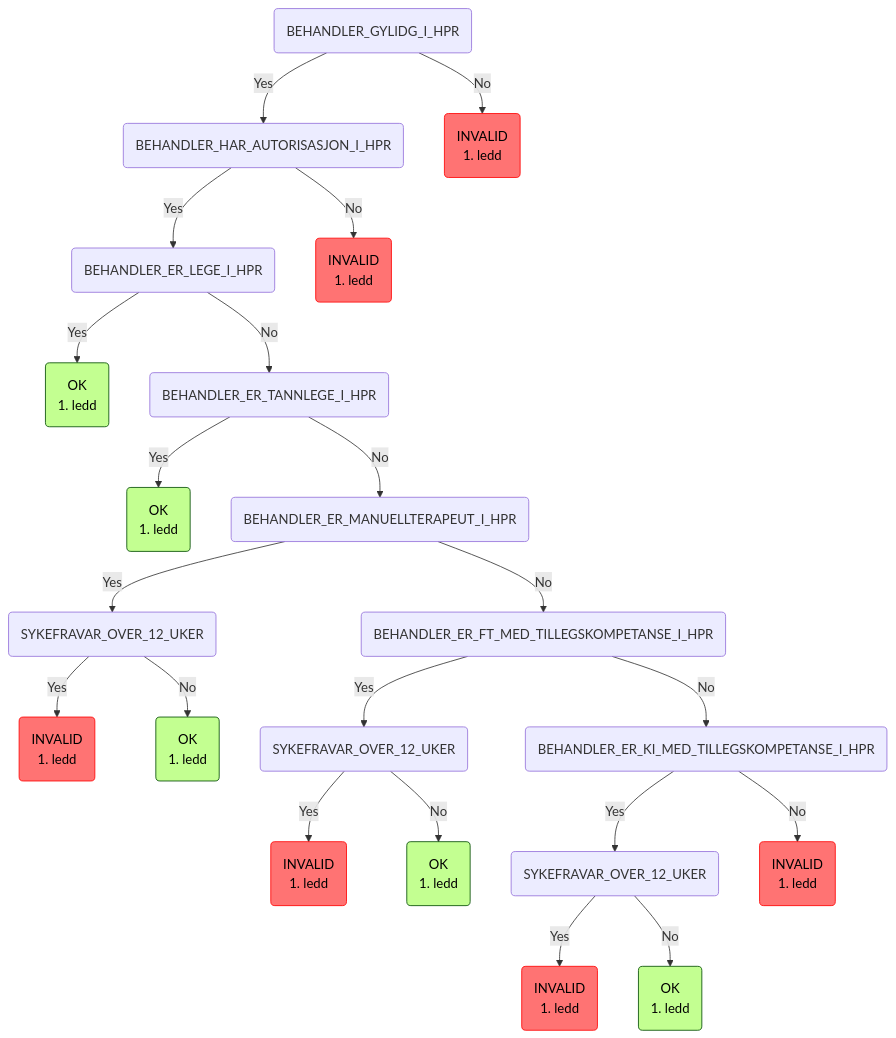
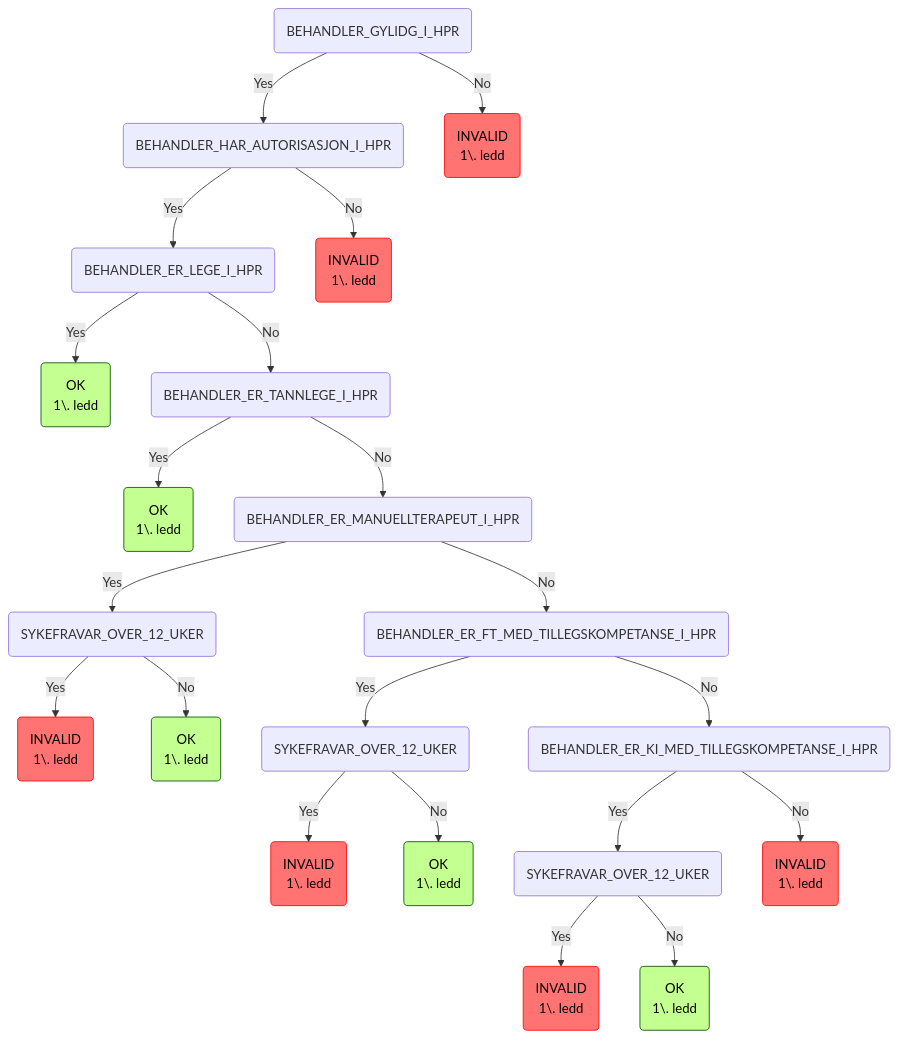
Before and after one commit to navikt/syfosmregler: the fifth of 9 diagrams in README.md, drawn with Mermaid. The commit also changed other lines of this file and 1 other file, not shown here.

````diff
--- a/README.md
+++ b/README.md
@@ -170,26 +170,37 @@
 ```mermaid
 graph TD
     root(BEHANDLER_GYLIDG_I_HPR) -->|Yes| root_BEHANDLER_GYLIDG_I_HPR_BEHANDLER_HAR_AUTORISASJON_I_HPR(BEHANDLER_HAR_AUTORISASJON_I_HPR)
     root_BEHANDLER_GYLIDG_I_HPR_BEHANDLER_HAR_AUTORISASJON_I_HPR(BEHANDLER_HAR_AUTORISASJON_I_HPR) -->|Yes| root_BEHANDLER_GYLIDG_I_HPR_BEHANDLER_HAR_AUTORISASJON_I_HPR_BEHANDLER_ER_LEGE_I_HPR(BEHANDLER_ER_LEGE_I_HPR)
-    root_BEHANDLER_GYLIDG_I_HPR_BEHANDLER_HAR_AUTORISASJON_I_HPR_BEHANDLER_ER_LEGE_I_HPR(BEHANDLER_ER_LEGE_I_HPR) -->|Yes| root_BEHANDLER_GYLIDG_I_HPR_BEHANDLER_HAR_AUTORISASJON_I_HPR_BEHANDLER_ER_LEGE_I_HPR_OK(OK\n1. ledd):::ok
+    root_BEHANDLER_GYLIDG_I_HPR_BEHANDLER_HAR_AUTORISASJON_I_HPR_BEHANDLER_ER_LEGE_I_HPR(BEHANDLER_ER_LEGE_I_HPR) -->|Yes| root_BEHANDLER_GYLIDG_I_HPR_BEHANDLER_HAR_AUTORISASJON_I_HPR_BEHANDLER_ER_LEGE_I_HPR_OK(OK
+1\. ledd):::ok
     root_BEHANDLER_GYLIDG_I_HPR_BEHANDLER_HAR_AUTORISASJON_I_HPR_BEHANDLER_ER_LEGE_I_HPR(BEHANDLER_ER_LEGE_I_HPR) -->|No| root_BEHANDLER_GYLIDG_I_HPR_BEHANDLER_HAR_AUTORISASJON_I_HPR_BEHANDLER_ER_LEGE_I_HPR_BEHANDLER_ER_TANNLEGE_I_HPR(BEHANDLER_ER_TANNLEGE_I_HPR)
-    root_BEHANDLER_GYLIDG_I_HPR_BEHANDLER_HAR_AUTORISASJON_I_HPR_BEHANDLER_ER_LEGE_I_HPR_BEHANDLER_ER_TANNLEGE_I_HPR(BEHANDLER_ER_TANNLEGE_I_HPR) -->|Yes| root_BEHANDLER_GYLIDG_I_HPR_BEHANDLER_HAR_AUTORISASJON_I_HPR_BEHANDLER_ER_LEGE_I_HPR_BEHANDLER_ER_TANNLEGE_I_HPR_OK(OK\n1. ledd):::ok
+    root_BEHANDLER_GYLIDG_I_HPR_BEHANDLER_HAR_AUTORISASJON_I_HPR_BEHANDLER_ER_LEGE_I_HPR_BEHANDLER_ER_TANNLEGE_I_HPR(BEHANDLER_ER_TANNLEGE_I_HPR) -->|Yes| root_BEHANDLER_GYLIDG_I_HPR_BEHANDLER_HAR_AUTORISASJON_I_HPR_BEHANDLER_ER_LEGE_I_HPR_BEHANDLER_ER_TANNLEGE_I_HPR_OK(OK
+1\. ledd):::ok
     root_BEHANDLER_GYLIDG_I_HPR_BEHANDLER_HAR_AUTORISASJON_I_HPR_BEHANDLER_ER_LEGE_I_HPR_BEHANDLER_ER_TANNLEGE_I_HPR(BEHANDLER_ER_TANNLEGE_I_HPR) -->|No| root_BEHANDLER_GYLIDG_I_HPR_BEHANDLER_HAR_AUTORISASJON_I_HPR_BEHANDLER_ER_LEGE_I_HPR_BEHANDLER_ER_TANNLEGE_I_HPR_BEHANDLER_ER_MANUELLTERAPEUT_I_HPR(BEHANDLER_ER_MANUELLTERAPEUT_I_HPR)
     root_BEHANDLER_GYLIDG_I_HPR_BEHANDLER_HAR_AUTORISASJON_I_HPR_BEHANDLER_ER_LEGE_I_HPR_BEHANDLER_ER_TANNLEGE_I_HPR_BEHANDLER_ER_MANUELLTERAPEUT_I_HPR(BEHANDLER_ER_MANUELLTERAPEUT_I_HPR) -->|Yes| root_BEHANDLER_GYLIDG_I_HPR_BEHANDLER_HAR_AUTORISASJON_I_HPR_BEHANDLER_ER_LEGE_I_HPR_BEHANDLER_ER_TANNLEGE_I_HPR_BEHANDLER_ER_MANUELLTERAPEUT_I_HPR_SYKEFRAVAR_OVER_12_UKER(SYKEFRAVAR_OVER_12_UKER)
-    root_BEHANDLER_GYLIDG_I_HPR_BEHANDLER_HAR_AUTORISASJON_I_HPR_BEHANDLER_ER_LEGE_I_HPR_BEHANDLER_ER_TANNLEGE_I_HPR_BEHANDLER_ER_MANUELLTERAPEUT_I_HPR_SYKEFRAVAR_OVER_12_UKER(SYKEFRAVAR_OVER_12_UKER) -->|Yes| root_BEHANDLER_GYLIDG_I_HPR_BEHANDLER_HAR_AUTORISASJON_I_HPR_BEHANDLER_ER_LEGE_I_HPR_BEHANDLER_ER_TANNLEGE_I_HPR_BEHANDLER_ER_MANUELLTERAPEUT_I_HPR_SYKEFRAVAR_OVER_12_UKER_INVALID(INVALID\n1. ledd):::invalid
-    root_BEHANDLER_GYLIDG_I_HPR_BEHANDLER_HAR_AUTORISASJON_I_HPR_BEHANDLER_ER_LEGE_I_HPR_BEHANDLER_ER_TANNLEGE_I_HPR_BEHANDLER_ER_MANUELLTERAPEUT_I_HPR_SYKEFRAVAR_OVER_12_UKER(SYKEFRAVAR_OVER_12_UKER) -->|No| root_BEHANDLER_GYLIDG_I_HPR_BEHANDLER_HAR_AUTORISASJON_I_HPR_BEHANDLER_ER_LEGE_I_HPR_BEHANDLER_ER_TANNLEGE_I_HPR_BEHANDLER_ER_MANUELLTERAPEUT_I_HPR_SYKEFRAVAR_OVER_12_UKER_OK(OK\n1. ledd):::ok
+    root_BEHANDLER_GYLIDG_I_HPR_BEHANDLER_HAR_AUTORISASJON_I_HPR_BEHANDLER_ER_LEGE_I_HPR_BEHANDLER_ER_TANNLEGE_I_HPR_BEHANDLER_ER_MANUELLTERAPEUT_I_HPR_SYKEFRAVAR_OVER_12_UKER(SYKEFRAVAR_OVER_12_UKER) -->|Yes| root_BEHANDLER_GYLIDG_I_HPR_BEHANDLER_HAR_AUTORISASJON_I_HPR_BEHANDLER_ER_LEGE_I_HPR_BEHANDLER_ER_TANNLEGE_I_HPR_BEHANDLER_ER_MANUELLTERAPEUT_I_HPR_SYKEFRAVAR_OVER_12_UKER_INVALID(INVALID
+1\. ledd):::invalid
+    root_BEHANDLER_GYLIDG_I_HPR_BEHANDLER_HAR_AUTORISASJON_I_HPR_BEHANDLER_ER_LEGE_I_HPR_BEHANDLER_ER_TANNLEGE_I_HPR_BEHANDLER_ER_MANUELLTERAPEUT_I_HPR_SYKEFRAVAR_OVER_12_UKER(SYKEFRAVAR_OVER_12_UKER) -->|No| root_BEHANDLER_GYLIDG_I_HPR_BEHANDLER_HAR_AUTORISASJON_I_HPR_BEHANDLER_ER_LEGE_I_HPR_BEHANDLER_ER_TANNLEGE_I_HPR_BEHANDLER_ER_MANUELLTERAPEUT_I_HPR_SYKEFRAVAR_OVER_12_UKER_OK(OK
+1\. ledd):::ok
     root_BEHANDLER_GYLIDG_I_HPR_BEHANDLER_HAR_AUTORISASJON_I_HPR_BEHANDLER_ER_LEGE_I_HPR_BEHANDLER_ER_TANNLEGE_I_HPR_BEHANDLER_ER_MANUELLTERAPEUT_I_HPR(BEHANDLER_ER_MANUELLTERAPEUT_I_HPR) -->|No| root_BEHANDLER_GYLIDG_I_HPR_BEHANDLER_HAR_AUTORISASJON_I_HPR_BEHANDLER_ER_LEGE_I_HPR_BEHANDLER_ER_TANNLEGE_I_HPR_BEHANDLER_ER_MANUELLTERAPEUT_I_HPR_BEHANDLER_ER_FT_MED_TILLEGSKOMPETANSE_I_HPR(BEHANDLER_ER_FT_MED_TILLEGSKOMPETANSE_I_HPR)
     root_BEHANDLER_GYLIDG_I_HPR_BEHANDLER_HAR_AUTORISASJON_I_HPR_BEHANDLER_ER_LEGE_I_HPR_BEHANDLER_ER_TANNLEGE_I_HPR_BEHANDLER_ER_MANUELLTERAPEUT_I_HPR_BEHANDLER_ER_FT_MED_TILLEGSKOMPETANSE_I_HPR(BEHANDLER_ER_FT_MED_TILLEGSKOMPETANSE_I_HPR) -->|Yes| root_BEHANDLER_GYLIDG_I_HPR_BEHANDLER_HAR_AUTORISASJON_I_HPR_BEHANDLER_ER_LEGE_I_HPR_BEHANDLER_ER_TANNLEGE_I_HPR_BEHANDLER_ER_MANUELLTERAPEUT_I_HPR_BEHANDLER_ER_FT_MED_TILLEGSKOMPETANSE_I_HPR_SYKEFRAVAR_OVER_12_UKER(SYKEFRAVAR_OVER_12_UKER)
-    root_BEHANDLER_GYLIDG_I_HPR_BEHANDLER_HAR_AUTORISASJON_I_HPR_BEHANDLER_ER_LEGE_I_HPR_BEHANDLER_ER_TANNLEGE_I_HPR_BEHANDLER_ER_MANUELLTERAPEUT_I_HPR_BEHANDLER_ER_FT_MED_TILLEGSKOMPETANSE_I_HPR_SYKEFRAVAR_OVER_12_UKER(SYKEFRAVAR_OVER_12_UKER) -->|Yes| root_BEHANDLER_GYLIDG_I_HPR_BEHANDLER_HAR_AUTORISASJON_I_HPR_BEHANDLER_ER_LEGE_I_HPR_BEHANDLER_ER_TANNLEGE_I_HPR_BEHANDLER_ER_MANUELLTERAPEUT_I_HPR_BEHANDLER_ER_FT_MED_TILLEGSKOMPETANSE_I_HPR_SYKEFRAVAR_OVER_12_UKER_INVALID(INVALID\n1. ledd):::invalid
-    root_BEHANDLER_GYLIDG_I_HPR_BEHANDLER_HAR_AUTORISASJON_I_HPR_BEHANDLER_ER_LEGE_I_HPR_BEHANDLER_ER_TANNLEGE_I_HPR_BEHANDLER_ER_MANUELLTERAPEUT_I_HPR_BEHANDLER_ER_FT_MED_TILLEGSKOMPETANSE_I_HPR_SYKEFRAVAR_OVER_12_UKER(SYKEFRAVAR_OVER_12_UKER) -->|No| root_BEHANDLER_GYLIDG_I_HPR_BEHANDLER_HAR_AUTORISASJON_I_HPR_BEHANDLER_ER_LEGE_I_HPR_BEHANDLER_ER_TANNLEGE_I_HPR_BEHANDLER_ER_MANUELLTERAPEUT_I_HPR_BEHANDLER_ER_FT_MED_TILLEGSKOMPETANSE_I_HPR_SYKEFRAVAR_OVER_12_UKER_OK(OK\n1. ledd):::ok
+    root_BEHANDLER_GYLIDG_I_HPR_BEHANDLER_HAR_AUTORISASJON_I_HPR_BEHANDLER_ER_LEGE_I_HPR_BEHANDLER_ER_TANNLEGE_I_HPR_BEHANDLER_ER_MANUELLTERAPEUT_I_HPR_BEHANDLER_ER_FT_MED_TILLEGSKOMPETANSE_I_HPR_SYKEFRAVAR_OVER_12_UKER(SYKEFRAVAR_OVER_12_UKER) -->|Yes| root_BEHANDLER_GYLIDG_I_HPR_BEHANDLER_HAR_AUTORISASJON_I_HPR_BEHANDLER_ER_LEGE_I_HPR_BEHANDLER_ER_TANNLEGE_I_HPR_BEHANDLER_ER_MANUELLTERAPEUT_I_HPR_BEHANDLER_ER_FT_MED_TILLEGSKOMPETANSE_I_HPR_SYKEFRAVAR_OVER_12_UKER_INVALID(INVALID
+1\. ledd):::invalid
+    root_BEHANDLER_GYLIDG_I_HPR_BEHANDLER_HAR_AUTORISASJON_I_HPR_BEHANDLER_ER_LEGE_I_HPR_BEHANDLER_ER_TANNLEGE_I_HPR_BEHANDLER_ER_MANUELLTERAPEUT_I_HPR_BEHANDLER_ER_FT_MED_TILLEGSKOMPETANSE_I_HPR_SYKEFRAVAR_OVER_12_UKER(SYKEFRAVAR_OVER_12_UKER) -->|No| root_BEHANDLER_GYLIDG_I_HPR_BEHANDLER_HAR_AUTORISASJON_I_HPR_BEHANDLER_ER_LEGE_I_HPR_BEHANDLER_ER_TANNLEGE_I_HPR_BEHANDLER_ER_MANUELLTERAPEUT_I_HPR_BEHANDLER_ER_FT_MED_TILLEGSKOMPETANSE_I_HPR_SYKEFRAVAR_OVER_12_UKER_OK(OK
+1\. ledd):::ok
     root_BEHANDLER_GYLIDG_I_HPR_BEHANDLER_HAR_AUTORISASJON_I_HPR_BEHANDLER_ER_LEGE_I_HPR_BEHANDLER_ER_TANNLEGE_I_HPR_BEHANDLER_ER_MANUELLTERAPEUT_I_HPR_BEHANDLER_ER_FT_MED_TILLEGSKOMPETANSE_I_HPR(BEHANDLER_ER_FT_MED_TILLEGSKOMPETANSE_I_HPR) -->|No| root_BEHANDLER_GYLIDG_I_HPR_BEHANDLER_HAR_AUTORISASJON_I_HPR_BEHANDLER_ER_LEGE_I_HPR_BEHANDLER_ER_TANNLEGE_I_HPR_BEHANDLER_ER_MANUELLTERAPEUT_I_HPR_BEHANDLER_ER_FT_MED_TILLEGSKOMPETANSE_I_HPR_BEHANDLER_ER_KI_MED_TILLEGSKOMPETANSE_I_HPR(BEHANDLER_ER_KI_MED_TILLEGSKOMPETANSE_I_HPR)
     root_BEHANDLER_GYLIDG_I_HPR_BEHANDLER_HAR_AUTORISASJON_I_HPR_BEHANDLER_ER_LEGE_I_HPR_BEHANDLER_ER_TANNLEGE_I_HPR_BEHANDLER_ER_MANUELLTERAPEUT_I_HPR_BEHANDLER_ER_FT_MED_TILLEGSKOMPETANSE_I_HPR_BEHANDLER_ER_KI_MED_TILLEGSKOMPETANSE_I_HPR(BEHANDLER_ER_KI_MED_TILLEGSKOMPETANSE_I_HPR) -->|Yes| root_BEHANDLER_GYLIDG_I_HPR_BEHANDLER_HAR_AUTORISASJON_I_HPR_BEHANDLER_ER_LEGE_I_HPR_BEHANDLER_ER_TANNLEGE_I_HPR_BEHANDLER_ER_MANUELLTERAPEUT_I_HPR_BEHANDLER_ER_FT_MED_TILLEGSKOMPETANSE_I_HPR_BEHANDLER_ER_KI_MED_TILLEGSKOMPETANSE_I_HPR_SYKEFRAVAR_OVER_12_UKER(SYKEFRAVAR_OVER_12_UKER)
-    root_BEHANDLER_GYLIDG_I_HPR_BEHANDLER_HAR_AUTORISASJON_I_HPR_BEHANDLER_ER_LEGE_I_HPR_BEHANDLER_ER_TANNLEGE_I_HPR_BEHANDLER_ER_MANUELLTERAPEUT_I_HPR_BEHANDLER_ER_FT_MED_TILLEGSKOMPETANSE_I_HPR_BEHANDLER_ER_KI_MED_TILLEGSKOMPETANSE_I_HPR_SYKEFRAVAR_OVER_12_UKER(SYKEFRAVAR_OVER_12_UKER) -->|Yes| root_BEHANDLER_GYLIDG_I_HPR_BEHANDLER_HAR_AUTORISASJON_I_HPR_BEHANDLER_ER_LEGE_I_HPR_BEHANDLER_ER_TANNLEGE_I_HPR_BEHANDLER_ER_MANUELLTERAPEUT_I_HPR_BEHANDLER_ER_FT_MED_TILLEGSKOMPETANSE_I_HPR_BEHANDLER_ER_KI_MED_TILLEGSKOMPETANSE_I_HPR_SYKEFRAVAR_OVER_12_UKER_INVALID(INVALID\n1. ledd):::invalid
-    root_BEHANDLER_GYLIDG_I_HPR_BEHANDLER_HAR_AUTORISASJON_I_HPR_BEHANDLER_ER_LEGE_I_HPR_BEHANDLER_ER_TANNLEGE_I_HPR_BEHANDLER_ER_MANUELLTERAPEUT_I_HPR_BEHANDLER_ER_FT_MED_TILLEGSKOMPETANSE_I_HPR_BEHANDLER_ER_KI_MED_TILLEGSKOMPETANSE_I_HPR_SYKEFRAVAR_OVER_12_UKER(SYKEFRAVAR_OVER_12_UKER) -->|No| root_BEHANDLER_GYLIDG_I_HPR_BEHANDLER_HAR_AUTORISASJON_I_HPR_BEHANDLER_ER_LEGE_I_HPR_BEHANDLER_ER_TANNLEGE_I_HPR_BEHANDLER_ER_MANUELLTERAPEUT_I_HPR_BEHANDLER_ER_FT_MED_TILLEGSKOMPETANSE_I_HPR_BEHANDLER_ER_KI_MED_TILLEGSKOMPETANSE_I_HPR_SYKEFRAVAR_OVER_12_UKER_OK(OK\n1. ledd):::ok
-    root_BEHANDLER_GYLIDG_I_HPR_BEHANDLER_HAR_AUTORISASJON_I_HPR_BEHANDLER_ER_LEGE_I_HPR_BEHANDLER_ER_TANNLEGE_I_HPR_BEHANDLER_ER_MANUELLTERAPEUT_I_HPR_BEHANDLER_ER_FT_MED_TILLEGSKOMPETANSE_I_HPR_BEHANDLER_ER_KI_MED_TILLEGSKOMPETANSE_I_HPR(BEHANDLER_ER_KI_MED_TILLEGSKOMPETANSE_I_HPR) -->|No| root_BEHANDLER_GYLIDG_I_HPR_BEHANDLER_HAR_AUTORISASJON_I_HPR_BEHANDLER_ER_LEGE_I_HPR_BEHANDLER_ER_TANNLEGE_I_HPR_BEHANDLER_ER_MANUELLTERAPEUT_I_HPR_BEHANDLER_ER_FT_MED_TILLEGSKOMPETANSE_I_HPR_BEHANDLER_ER_KI_MED_TILLEGSKOMPETANSE_I_HPR_INVALID(INVALID\n1. ledd):::invalid
-    root_BEHANDLER_GYLIDG_I_HPR_BEHANDLER_HAR_AUTORISASJON_I_HPR(BEHANDLER_HAR_AUTORISASJON_I_HPR) -->|No| root_BEHANDLER_GYLIDG_I_HPR_BEHANDLER_HAR_AUTORISASJON_I_HPR_INVALID(INVALID\n1. ledd):::invalid
-    root(BEHANDLER_GYLIDG_I_HPR) -->|No| root_BEHANDLER_GYLIDG_I_HPR_INVALID(INVALID\n1. ledd):::invalid
+    root_BEHANDLER_GYLIDG_I_HPR_BEHANDLER_HAR_AUTORISASJON_I_HPR_BEHANDLER_ER_LEGE_I_HPR_BEHANDLER_ER_TANNLEGE_I_HPR_BEHANDLER_ER_MANUELLTERAPEUT_I_HPR_BEHANDLER_ER_FT_MED_TILLEGSKOMPETANSE_I_HPR_BEHANDLER_ER_KI_MED_TILLEGSKOMPETANSE_I_HPR_SYKEFRAVAR_OVER_12_UKER(SYKEFRAVAR_OVER_12_UKER) -->|Yes| root_BEHANDLER_GYLIDG_I_HPR_BEHANDLER_HAR_AUTORISASJON_I_HPR_BEHANDLER_ER_LEGE_I_HPR_BEHANDLER_ER_TANNLEGE_I_HPR_BEHANDLER_ER_MANUELLTERAPEUT_I_HPR_BEHANDLER_ER_FT_MED_TILLEGSKOMPETANSE_I_HPR_BEHANDLER_ER_KI_MED_TILLEGSKOMPETANSE_I_HPR_SYKEFRAVAR_OVER_12_UKER_INVALID(INVALID
+1\. ledd):::invalid
+    root_BEHANDLER_GYLIDG_I_HPR_BEHANDLER_HAR_AUTORISASJON_I_HPR_BEHANDLER_ER_LEGE_I_HPR_BEHANDLER_ER_TANNLEGE_I_HPR_BEHANDLER_ER_MANUELLTERAPEUT_I_HPR_BEHANDLER_ER_FT_MED_TILLEGSKOMPETANSE_I_HPR_BEHANDLER_ER_KI_MED_TILLEGSKOMPETANSE_I_HPR_SYKEFRAVAR_OVER_12_UKER(SYKEFRAVAR_OVER_12_UKER) -->|No| root_BEHANDLER_GYLIDG_I_HPR_BEHANDLER_HAR_AUTORISASJON_I_HPR_BEHANDLER_ER_LEGE_I_HPR_BEHANDLER_ER_TANNLEGE_I_HPR_BEHANDLER_ER_MANUELLTERAPEUT_I_HPR_BEHANDLER_ER_FT_MED_TILLEGSKOMPETANSE_I_HPR_BEHANDLER_ER_KI_MED_TILLEGSKOMPETANSE_I_HPR_SYKEFRAVAR_OVER_12_UKER_OK(OK
+1\. ledd):::ok
+    root_BEHANDLER_GYLIDG_I_HPR_BEHANDLER_HAR_AUTORISASJON_I_HPR_BEHANDLER_ER_LEGE_I_HPR_BEHANDLER_ER_TANNLEGE_I_HPR_BEHANDLER_ER_MANUELLTERAPEUT_I_HPR_BEHANDLER_ER_FT_MED_TILLEGSKOMPETANSE_I_HPR_BEHANDLER_ER_KI_MED_TILLEGSKOMPETANSE_I_HPR(BEHANDLER_ER_KI_MED_TILLEGSKOMPETANSE_I_HPR) -->|No| root_BEHANDLER_GYLIDG_I_HPR_BEHANDLER_HAR_AUTORISASJON_I_HPR_BEHANDLER_ER_LEGE_I_HPR_BEHANDLER_ER_TANNLEGE_I_HPR_BEHANDLER_ER_MANUELLTERAPEUT_I_HPR_BEHANDLER_ER_FT_MED_TILLEGSKOMPETANSE_I_HPR_BEHANDLER_ER_KI_MED_TILLEGSKOMPETANSE_I_HPR_INVALID(INVALID
+1\. ledd):::invalid
+    root_BEHANDLER_GYLIDG_I_HPR_BEHANDLER_HAR_AUTORISASJON_I_HPR(BEHANDLER_HAR_AUTORISASJON_I_HPR) -->|No| root_BEHANDLER_GYLIDG_I_HPR_BEHANDLER_HAR_AUTORISASJON_I_HPR_INVALID(INVALID
+1\. ledd):::invalid
+    root(BEHANDLER_GYLIDG_I_HPR) -->|No| root_BEHANDLER_GYLIDG_I_HPR_INVALID(INVALID
+1\. ledd):::invalid
     classDef ok fill:#c3ff91,stroke:#004a00,color: black;
     classDef invalid fill:#ff7373,stroke:#ff0000,color: black;
     classDef manuell fill:#ffe24f,stroke:#ffd500,color: #473c00;
 ```
````
